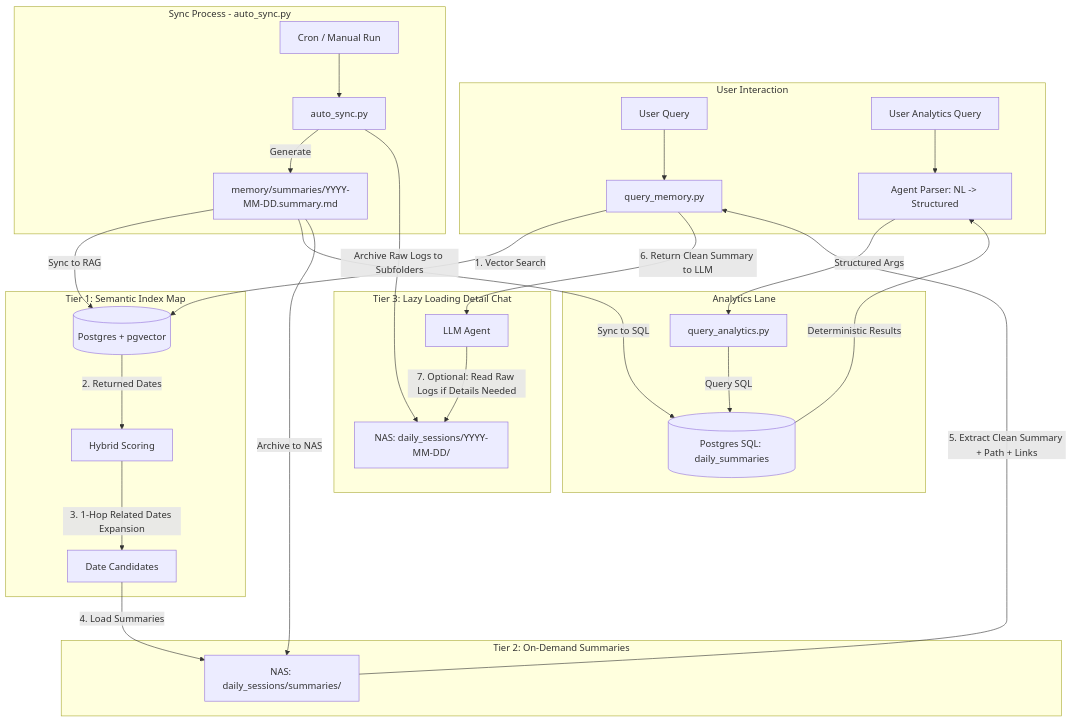
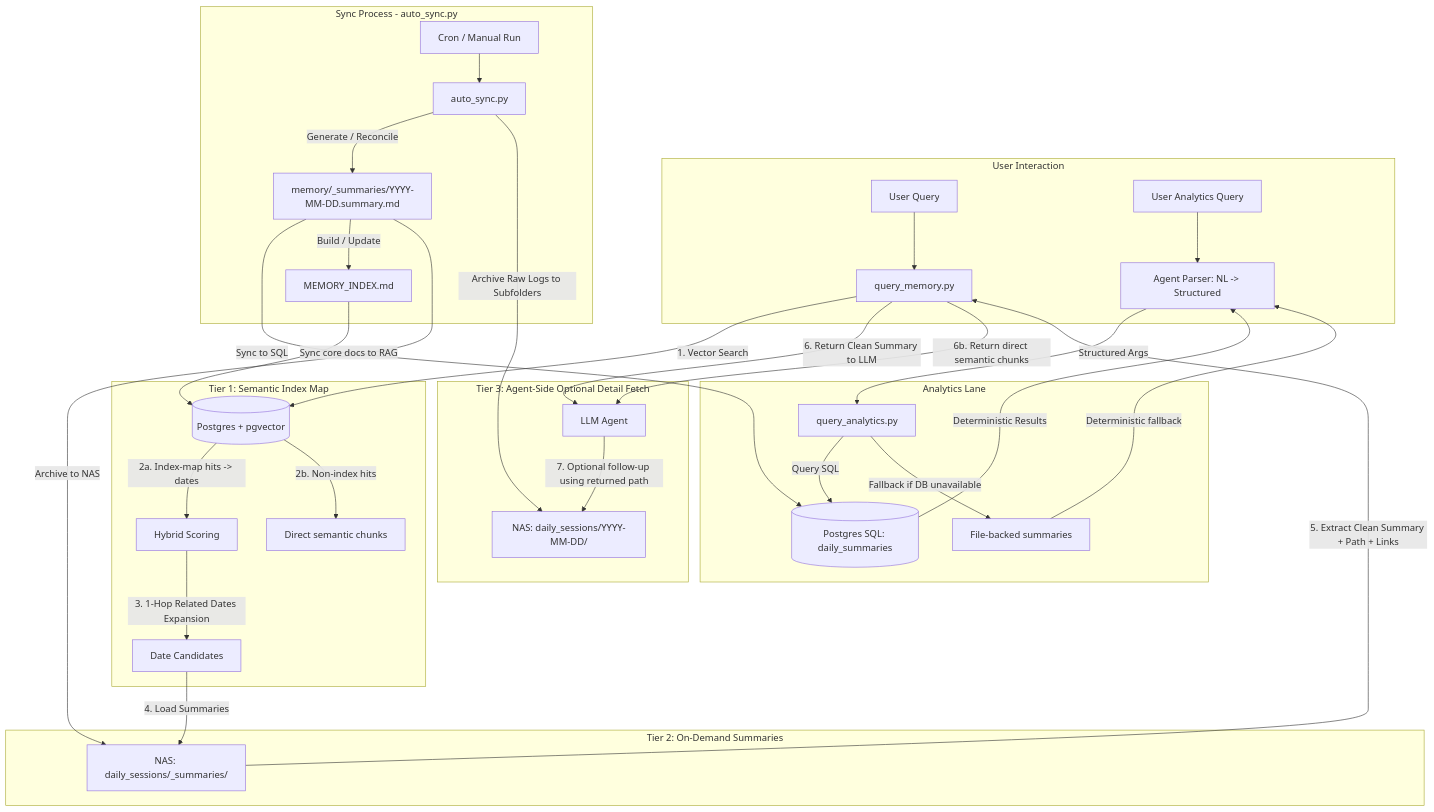
The first of 4 diagrams in src/skills/memory_engine/ARCHITECTURE.md (nouverse-tech/nouva-mcp-server), drawn with Mermaid before and after one commit. The commit also changed other lines of this file and 2 other files, not shown here.

First line of the commit message:
docs(memory-engine): update documentation

````diff
--- a/src/skills/memory_engine/ARCHITECTURE.md
+++ b/src/skills/memory_engine/ARCHITECTURE.md
@@ -53,38 +53,43 @@
 ```mermaid
 flowchart TD
  subgraph UserTurn [User Interaction]
  Q[User Query] --> QM[query_memory.py]
  QA_NL[User Analytics Query] --> AGENT[Agent Parser: NL -> Structured]
  end
 
  subgraph Tier1 [Tier 1: Semantic Index Map]
  QM --> |1. Vector Search| RAG[(Postgres + pgvector)]
- RAG --> |2. Returned Dates| HS[Hybrid Scoring]
+  RAG --> |2a. Index-map hits -> dates| HS[Hybrid Scoring]
+  RAG --> |2b. Non-index hits| RAG_CHUNKS[Direct semantic chunks]
  HS --> |3. 1-Hop Related Dates Expansion| EXP[Date Candidates]
  end
 
  subgraph Tier2 [Tier 2: On-Demand Summaries]
- EXP --> |4. Load Summaries| NAS_SUM[NAS: daily_sessions/summaries/]
+ EXP --> |4. Load Summaries| NAS_SUM[NAS: daily_sessions/_summaries/]
  NAS_SUM --> |5. Extract Clean Summary + Path + Links| QM
  end
 
- subgraph Tier3 [Tier 3: Lazy Loading Detail Chat]
+ subgraph Tier3 [Tier 3: Agent-Side Optional Detail Fetch]
  QM --> |6. Return Clean Summary to LLM| LLM[LLM Agent]
- LLM --> |7. Optional: Read Raw Logs if Details Needed| NAS_RAW[NAS: daily_sessions/YYYY-MM-DD/]
+  QM --> |6b. Return direct semantic chunks| LLM
+ LLM --> |7. Optional follow-up using returned path| NAS_RAW[NAS: daily_sessions/YYYY-MM-DD/]
  end
 
  subgraph AnalyticsLane [Analytics Lane]
  AGENT --> |Structured Args| QA[query_analytics.py]
  QA --> |Query SQL| SQL[(Postgres SQL: daily_summaries)]
- SQL --> |Deterministic Results| AGENT
+  SQL --> |Deterministic Results| AGENT
+  QA --> |Fallback if DB unavailable| FILES[File-backed summaries]
+  FILES --> |Deterministic fallback| AGENT
  end
 
  subgraph SyncProcess [Sync Process - auto_sync.py]
  Cron[Cron / Manual Run] --> Sync[auto_sync.py]
- Sync --> |Generate| SumFiles[memory/summaries/YYYY-MM-DD.summary.md]
- SumFiles --> |Sync to RAG| RAG
+ Sync --> |Generate / Reconcile| SumFiles[memory/_summaries/YYYY-MM-DD.summary.md]
  SumFiles --> |Sync to SQL| SQL
+ SumFiles --> |Build / Update| INDEX[MEMORY_INDEX.md]
+ INDEX --> |Sync core docs to RAG| RAG
  SumFiles --> |Archive to NAS| NAS_SUM
  Sync --> |Archive Raw Logs to Subfolders| NAS_RAW
  end
 ```
````
